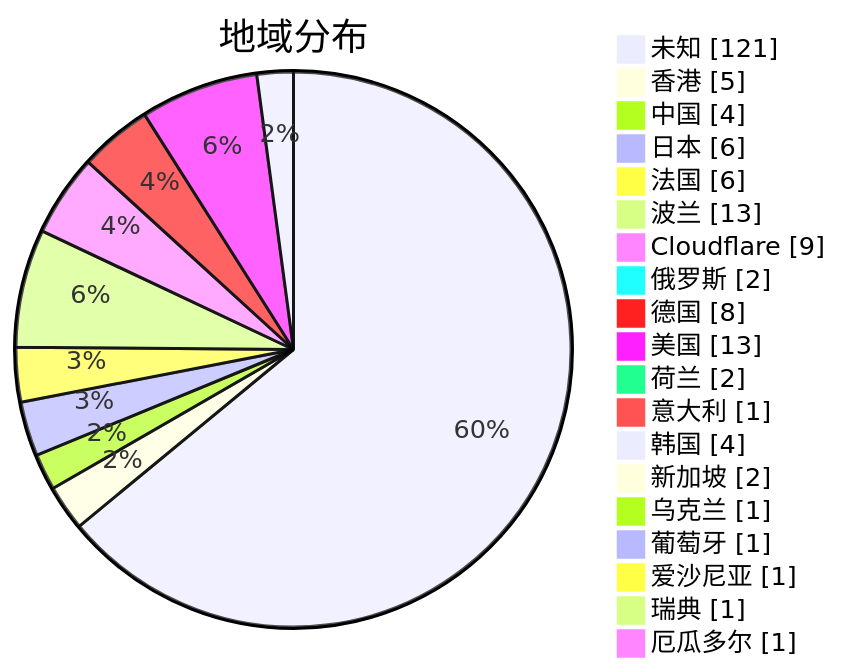
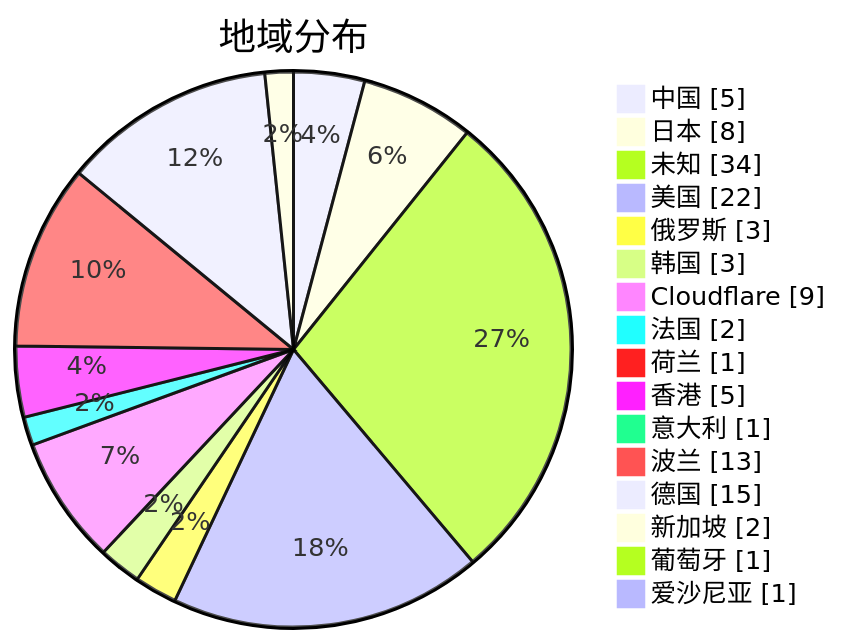
One commit to sinspired/airport changed the second of 3 diagrams in subs/statistics/tested_within.md. Above: the diagram before and after it, drawn with Mermaid. The commit also changed other lines of this file and 2 other files, not shown here.

````diff
--- a/subs/statistics/tested_within.md
+++ b/subs/statistics/tested_within.md
@@ -12,23 +12,20 @@
 ```mermaid
 pie showData
 title 地域分布
-"未知" : 121
+"中国" : 5
+"日本" : 8
+"未知" : 34
+"美国" : 22
+"俄罗斯" : 3
+"韩国" : 3
+"Cloudflare" : 9
+"法国" : 2
+"荷兰" : 1
 "香港" : 5
-"中国" : 4
-"日本" : 6
-"法国" : 6
+"意大利" : 1
 "波兰" : 13
-"Cloudflare" : 9
-"俄罗斯" : 2
-"德国" : 8
-"美国" : 13
-"荷兰" : 2
-"意大利" : 1
-"韩国" : 4
+"德国" : 15
 "新加坡" : 2
-"乌克兰" : 1
 "葡萄牙" : 1
 "爱沙尼亚" : 1
-"瑞典" : 1
-"厄瓜多尔" : 1
 ```
````
